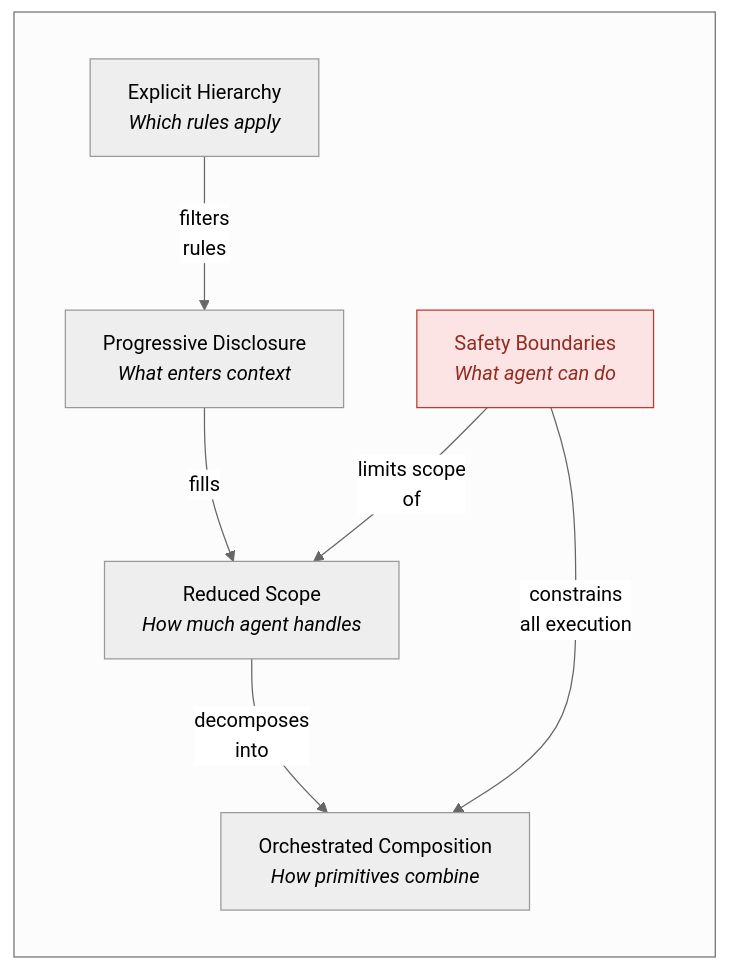
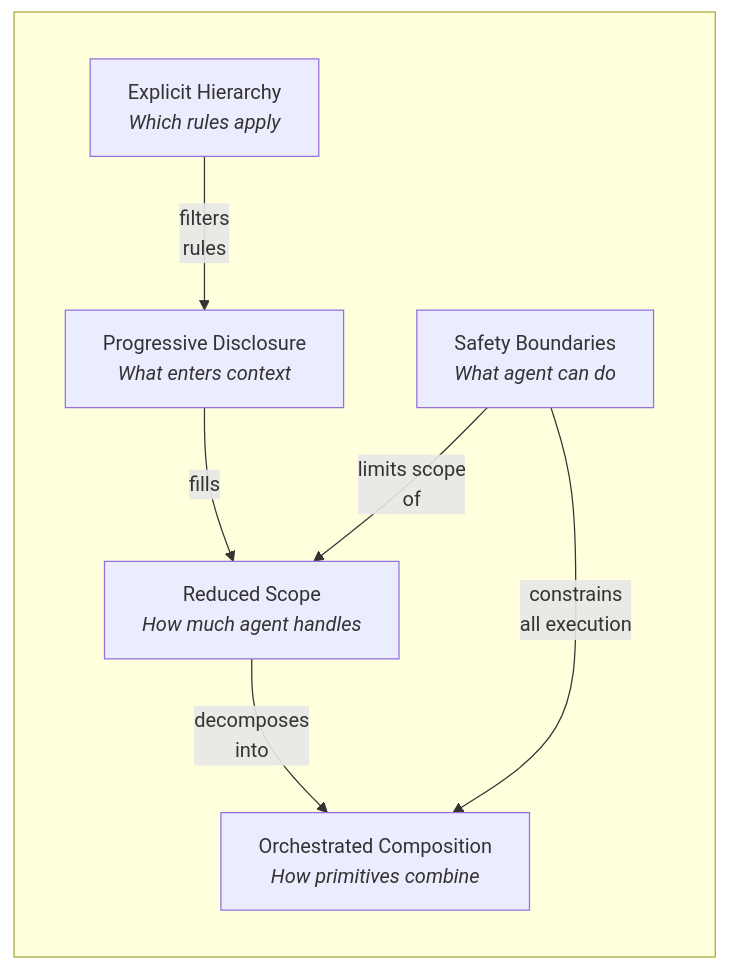
The diagram in handbook/ch01-the-agentic-sdlc-thesis.qmd (danielmeppiel/agentic-sdlc-handbook), drawn with Mermaid before and after one commit. The commit also changed 17 other files, not shown here.

First line of the commit message:
fix: remove all Mermaid theme overrides, use Quarto native theming

````diff
--- a/handbook/ch01-the-agentic-sdlc-thesis.qmd
+++ b/handbook/ch01-the-agentic-sdlc-thesis.qmd
@@ -85,24 +85,22 @@
 ```{mermaid}
 %%| fig-width: 4.5
 %%| fig-cap: "The five PROSE specification principles and their relationships"
 %%| fig-alt: "A flowchart showing five PROSE principles arranged in a hierarchy. Explicit Hierarchy filters rules into Progressive Disclosure, which fills Reduced Scope, which decomposes into Orchestrated Composition. Safety Boundaries constrains all execution of Orchestrated Composition and limits the scope of Reduced Scope. The flow is left to right with Safety Boundaries acting as a cross-cutting constraint on the other four principles."
 %%| label: fig-prose-principles
-%%{init: {'theme': 'neutral'}}%%
 flowchart LR
     subgraph " "
         direction TB
         EH["Explicit Hierarchy<br/><em>Which rules apply</em>"]
         PD["Progressive Disclosure<br/><em>What enters context</em>"]
         RS["Reduced Scope<br/><em>How much agent handles</em>"]
         OC["Orchestrated Composition<br/><em>How primitives combine</em>"]
         SB["Safety Boundaries<br/><em>What agent can do</em>"]
     end
 
     EH -- "filters<br/>rules" --> PD
     PD -- "fills" --> RS
     RS -- "decomposes<br/>into" --> OC
     SB -- "constrains<br/>all execution" --> OC
     SB -- "limits scope<br/>of" --> RS
 
-    style SB fill:#fce4e4,stroke:#c0392b,color:#922b21
 ```
````
